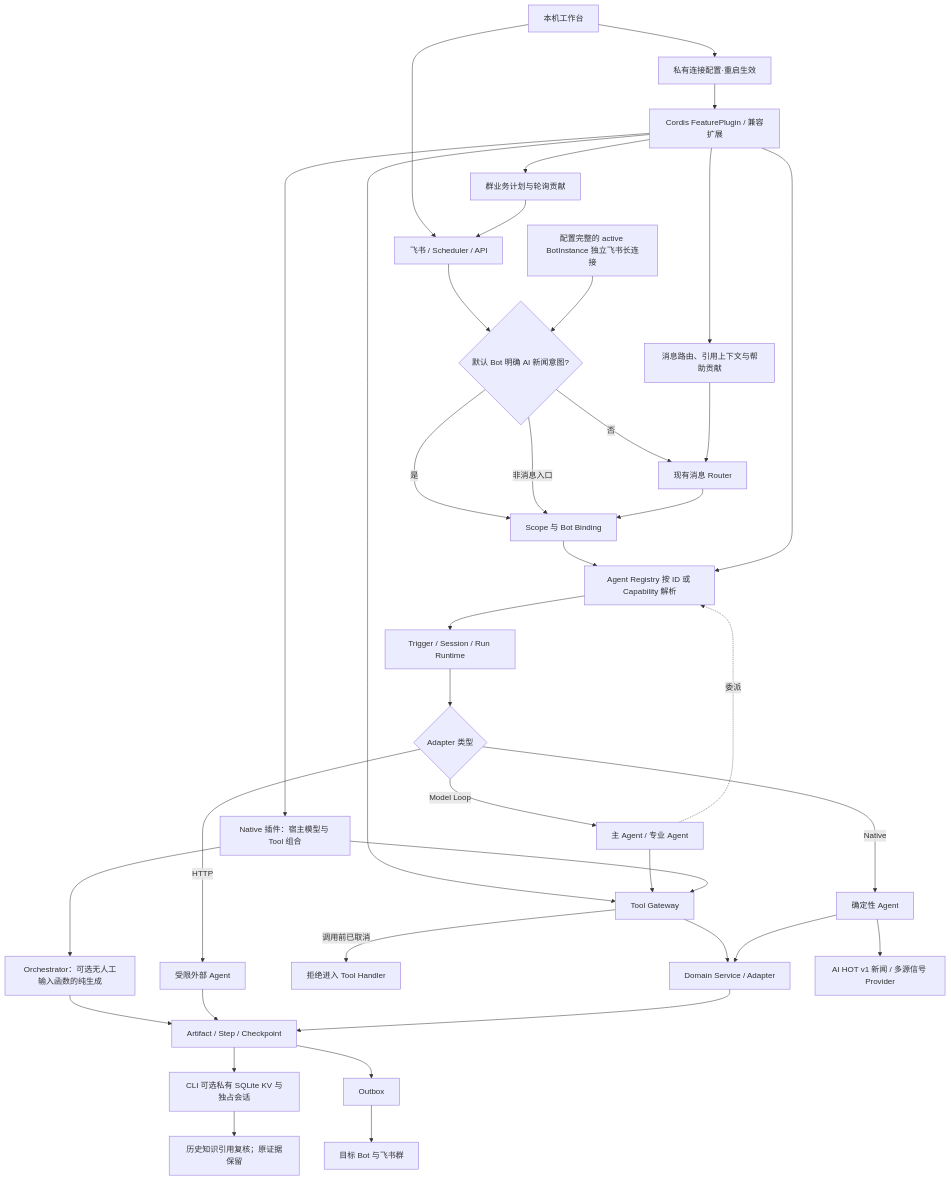
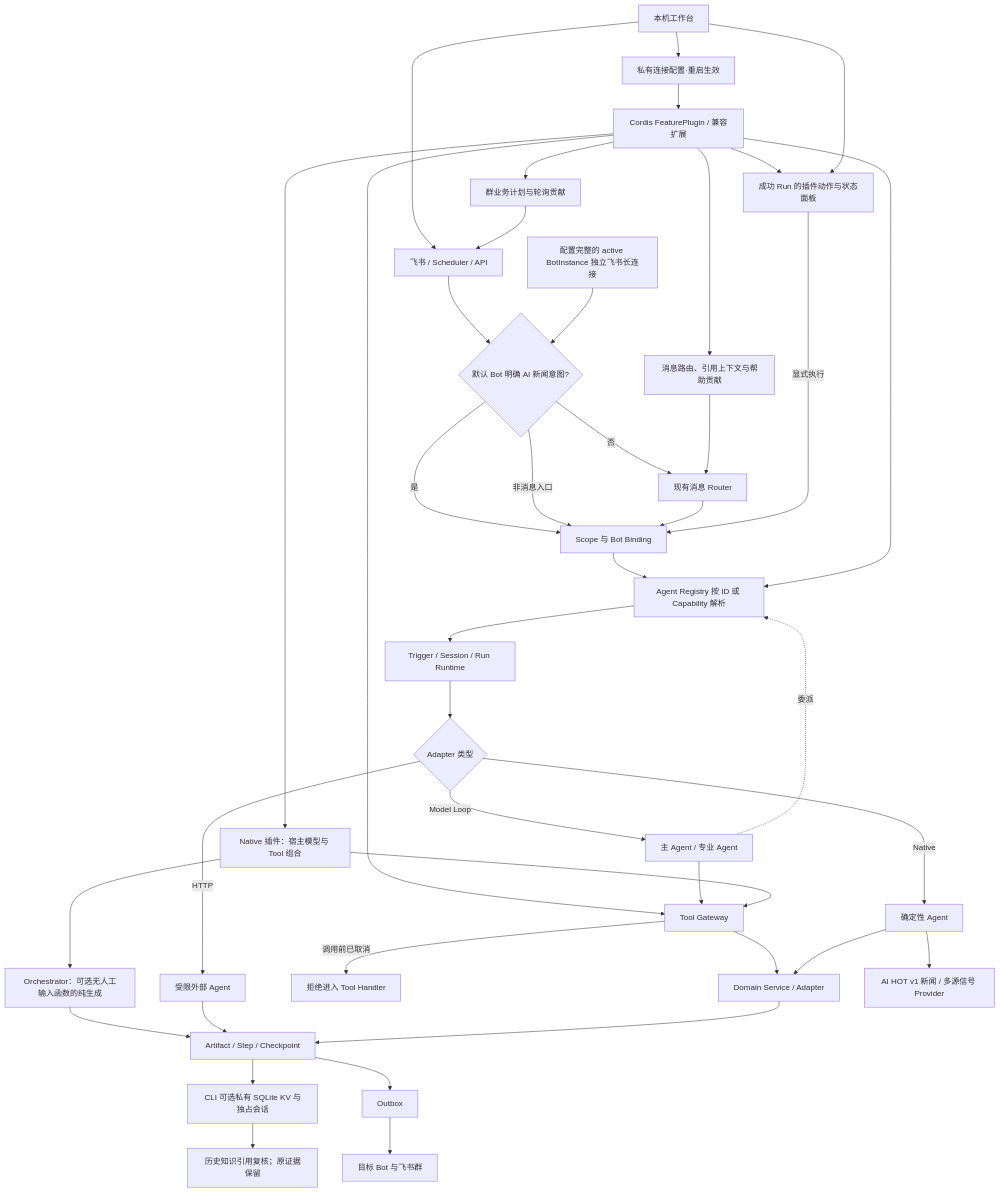
The diagram in backend/src/platform/FEATURE.md (KlayPeter/AI-Delivery-Ops-Agent), drawn with Mermaid before and after one commit. The commit also changed other lines of this file and 34 other files, not shown here.

````diff
--- a/backend/src/platform/FEATURE.md
+++ b/backend/src/platform/FEATURE.md
@@ -29,40 +29,43 @@
 ```mermaid
 flowchart TD
     UI[本机工作台] --> A
     UI --> LC[私有连接配置·重启生效]
     LC --> X
     A["飞书 / Scheduler / API"] --> R{"默认 Bot 明确 AI 新闻意图?"}
     R -- "是" --> B["Scope 与 Bot Binding"]
     R -- "否" --> Q["现有消息 Router"]
     R -- "非消息入口" --> B
     Q --> B
     B --> C["Agent Registry 按 ID 或 Capability 解析"]
     X["Cordis FeaturePlugin / 兼容扩展"] --> C
     X --> I["Tool / Skill / Adapter 注册"]
     X --> MR["消息路由、引用上下文与帮助贡献"]
     MR --> Q
+    X --> RA[成功 Run 的插件动作与状态面板]
+    UI --> RA
+    RA -- 显式执行 --> B
     X --> SJ[群业务计划与轮询贡献]
     SJ --> A
     C --> D["Trigger / Session / Run Runtime"]
     D --> E{"Adapter 类型"}
     E -- Model Loop --> F["主 Agent / 专业 Agent"]
     E -- Native --> G["确定性 Agent"]
     E -- HTTP --> H["受限外部 Agent"]
     F --> I["Tool Gateway"]
     F -. 委派 .-> C
     I --> J["Domain Service / Adapter"]
     I -- "调用前已取消" --> XC["拒绝进入 Tool Handler"]
     X --> NP["Native 插件：宿主模型与 Tool 组合"]
     NP --> I
     NP --> OM["Orchestrator：可选无人工输入函数的纯生成"]
     OM --> K
     G --> J
     H --> K["Artifact / Step / Checkpoint"]
     K --> LS[CLI 可选私有 SQLite KV 与独占会话]
     LS --> IR[历史知识引用复核；原证据保留]
     J --> K
     K --> L["Outbox"]
     L --> M["目标 Bot 与飞书群"]
     N["配置完整的 active BotInstance 独立飞书长连接"] --> R
     G --> O["AI HOT v1 新闻 / 多源信号 Provider"]
 ```
````
